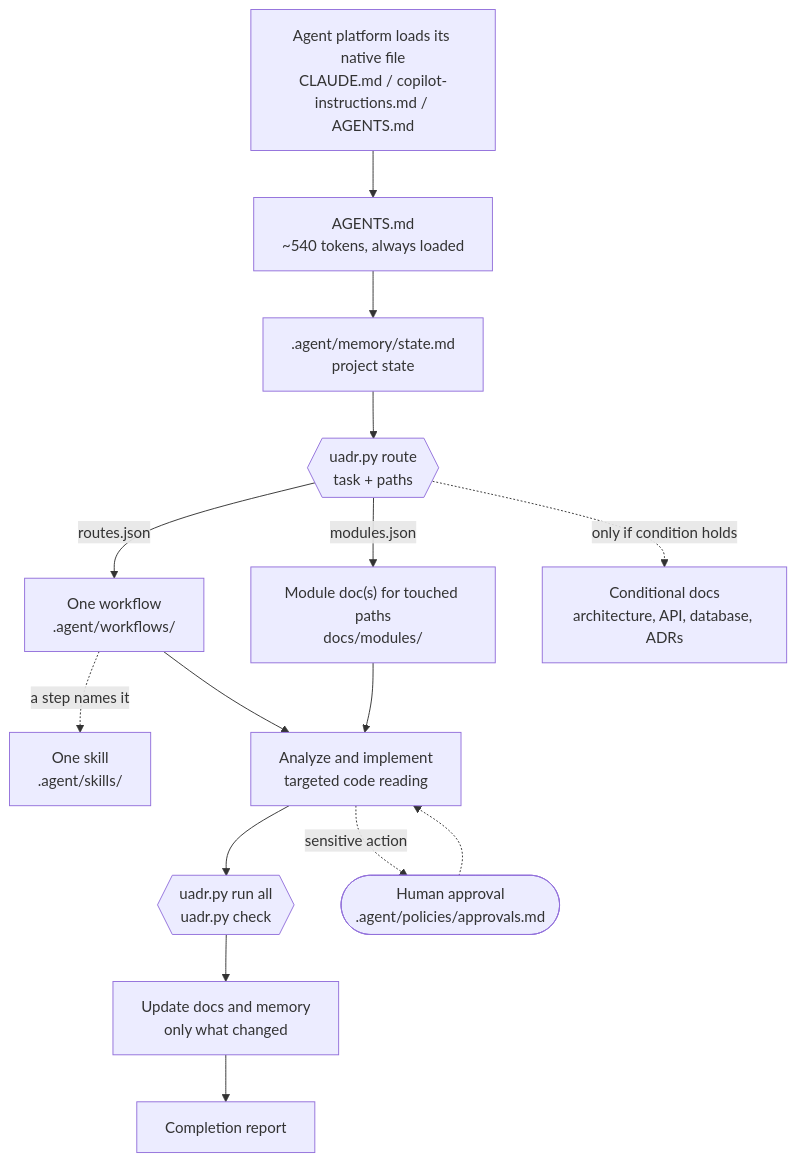
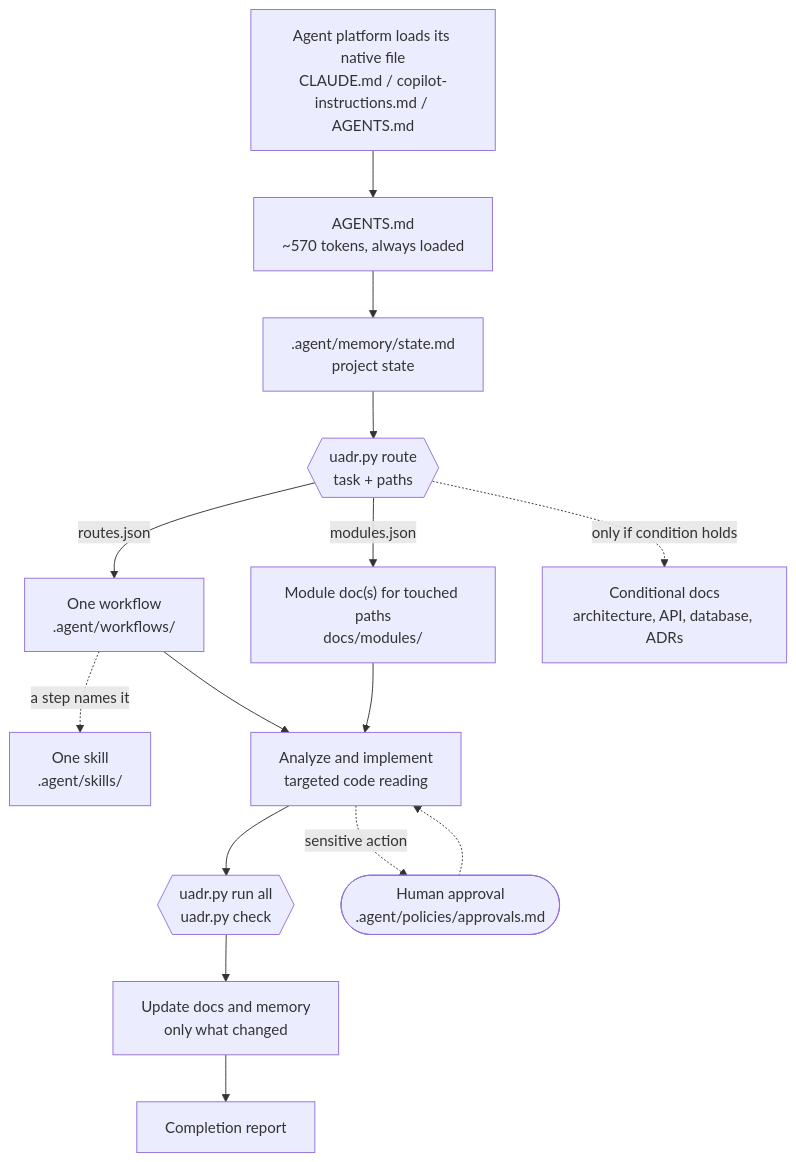
Before and after one commit to Sanjay-dev22/uadr: the diagram in .agent/guide/architecture.md, drawn with Mermaid. The commit also changed 32 other files, not shown here.

First line of the commit message:
Add real-agent benchmark and apply its findings (v1.1.0)

````diff
--- a/.agent/guide/architecture.md
+++ b/.agent/guide/architecture.md
@@ -17,17 +17,17 @@
 ```mermaid
 flowchart TD
-    A["Agent platform loads its native file<br/>CLAUDE.md / copilot-instructions.md / AGENTS.md"] --> B["AGENTS.md<br/>~540 tokens, always loaded"]
+    A["Agent platform loads its native file<br/>CLAUDE.md / copilot-instructions.md / AGENTS.md"] --> B["AGENTS.md<br/>~570 tokens, always loaded"]
     B --> C[".agent/memory/state.md<br/>project state"]
     C --> D{{"uadr.py route<br/>task + paths"}}
     D -->|routes.json| E["One workflow<br/>.agent/workflows/"]
     D -->|modules.json| F["Module doc(s) for touched paths<br/>docs/modules/"]
     D -.->|only if condition holds| G["Conditional docs<br/>architecture, API, database, ADRs"]
     E -.->|a step names it| H["One skill<br/>.agent/skills/"]
     E --> I["Analyze and implement<br/>targeted code reading"]
     F --> I
     I --> J{{"uadr.py run all<br/>uadr.py check"}}
     J --> K["Update docs and memory<br/>only what changed"]
     K --> L["Completion report"]
     I -.->|sensitive action| M(["Human approval<br/>.agent/policies/approvals.md"])
     M -.-> I
 ```
````
